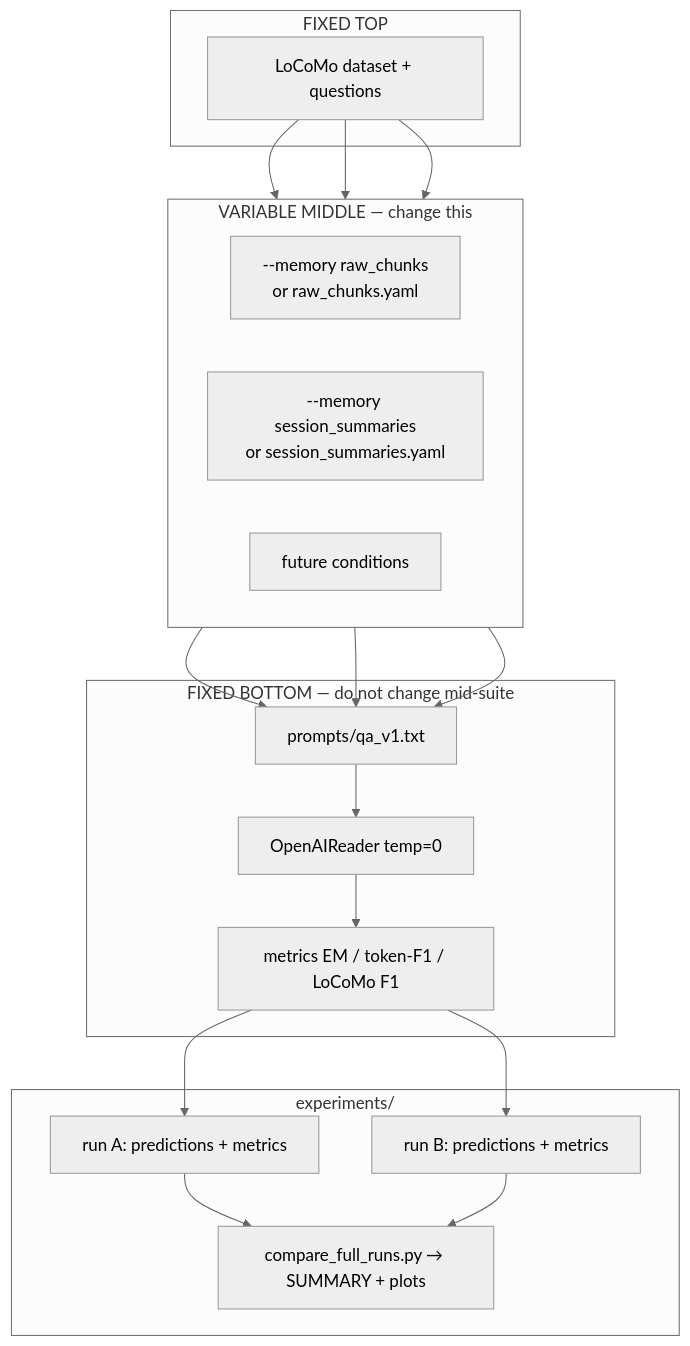
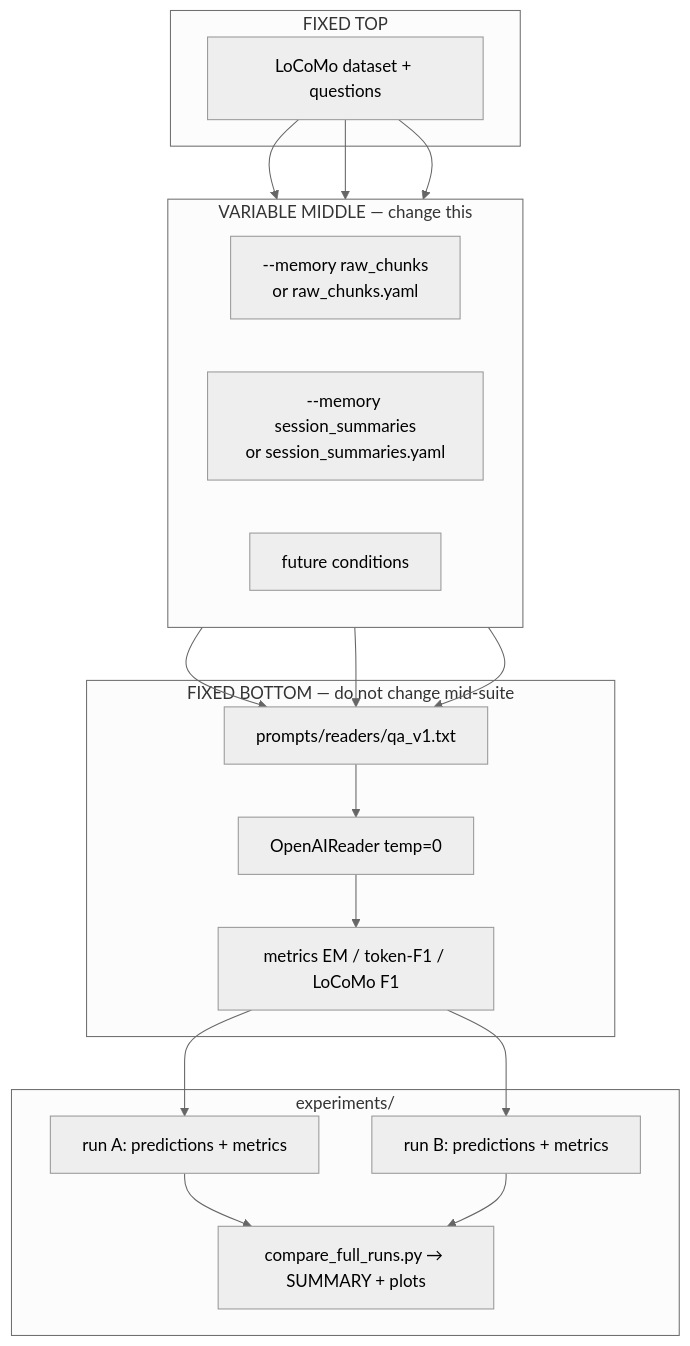
Before and after one commit to park-jsdev/long-term-memory-eval: the third of 4 diagrams in README.md, drawn with Mermaid (neutral theme). The commit also changed other lines of this file and 163 other files, not shown here.

````diff
--- a/README.md
+++ b/README.md
@@ -119,38 +119,38 @@
 ```mermaid
 flowchart TB
   subgraph FrozenTop["FIXED TOP"]
     D["LoCoMo dataset + questions"]
   end
 
   subgraph Variable["VARIABLE MIDDLE — change this"]
     direction LR
     M0["--memory raw_chunks\nor raw_chunks.yaml"]
     M1["--memory session_summaries\nor session_summaries.yaml"]
     MX["future conditions"]
   end
 
   subgraph FrozenBottom["FIXED BOTTOM — do not change mid-suite"]
-    P["prompts/qa_v1.txt"]
+    P["prompts/readers/qa_v1.txt"]
     R["OpenAIReader temp=0"]
     S["metrics EM / token-F1 / LoCoMo F1"]
   end
 
   subgraph Artifacts["experiments/"]
     A["run A: predictions + metrics"]
     B["run B: predictions + metrics"]
     C["compare_full_runs.py → SUMMARY + plots"]
   end
 
   D --> M0
   D --> M1
   D --> MX
   M0 --> P
   M1 --> P
   MX --> P
   P --> R
   R --> S
   S --> A
   S --> B
   A --> C
   B --> C
 ```
````
